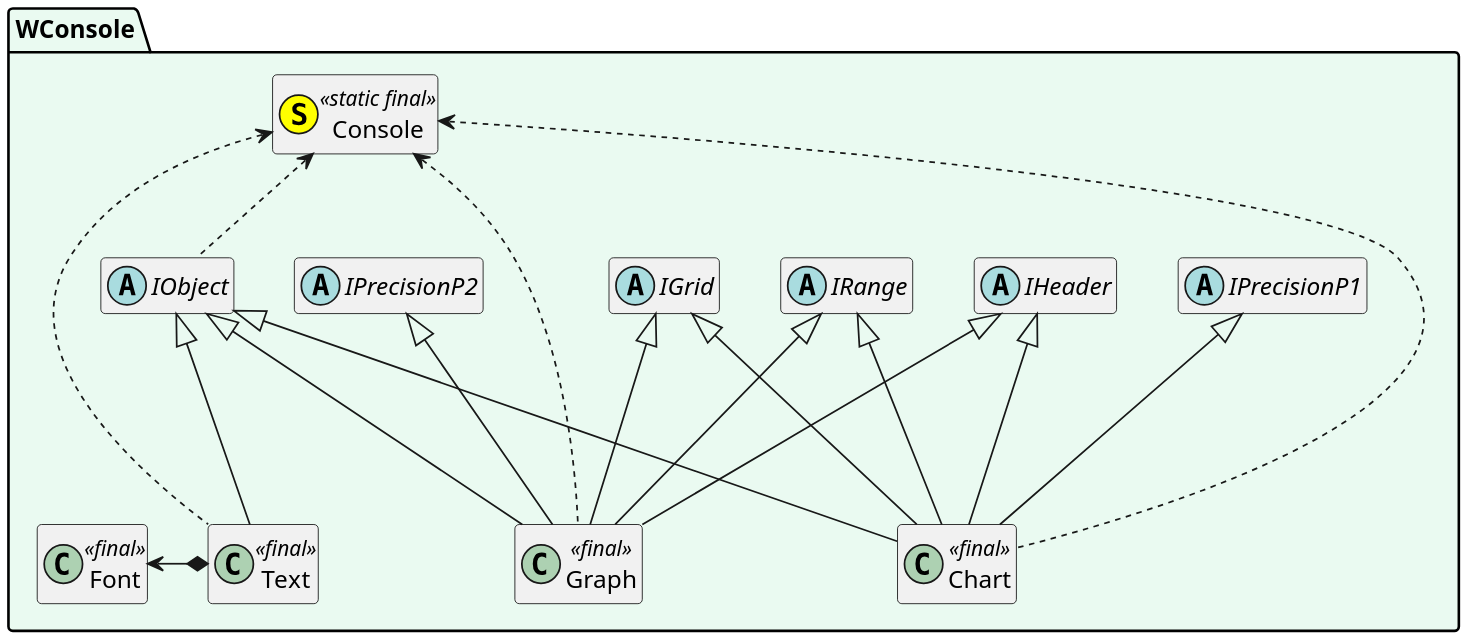
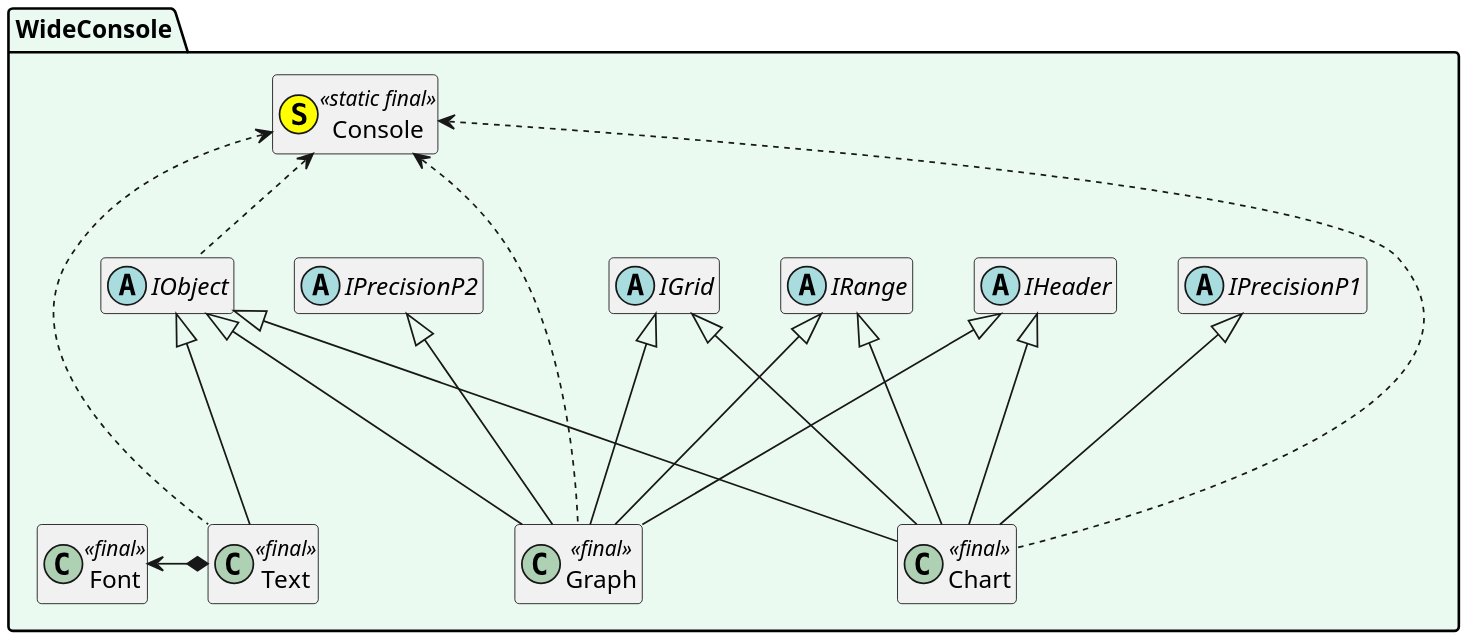
The diagram in doc/UMLClass.md (SergioStopkin/WideConsole), drawn with PlantUML before and after one commit. The commit also changed 82 other files, not shown here.

Commit message:
renamed project to WideConsole

````diff
--- a/doc/UMLClass.md
+++ b/doc/UMLClass.md
@@ -1,48 +1,48 @@
 ```plantuml
 @startuml
 
 scale 1920 width
 
 hide empty members
 
-namespace WConsole #EAFAF1 {
+namespace WideConsole #EAFAF1 {
 
 abstract class IGrid
 abstract class IHeader
 abstract class IObject
 abstract class IPrecisionP1
 abstract class IPrecisionP2
 abstract class IRange
 class Console <<(S,#FFFF00)static final>>
 class Chart <<final>>
 class Graph <<final>>
 class Text <<final>>
 class Font <<final>>
 
 Console <.. IObject
 Console <... Chart
 Console <... Graph
 Console <... Text
 
 IObject <|--- Chart
 IObject <|--- Graph
 IObject <|--- Text
 
 IHeader <|--- Chart
 IHeader <|--- Graph
 
 IRange <|--- Chart
 IRange <|--- Graph
 
 IGrid <|--- Chart
 IGrid <|--- Graph
 
 IPrecisionP1 <|--- Chart
 IPrecisionP2 <|--- Graph
 
 Font <-* Text
 
 }
 
 @enduml
 ```
````
